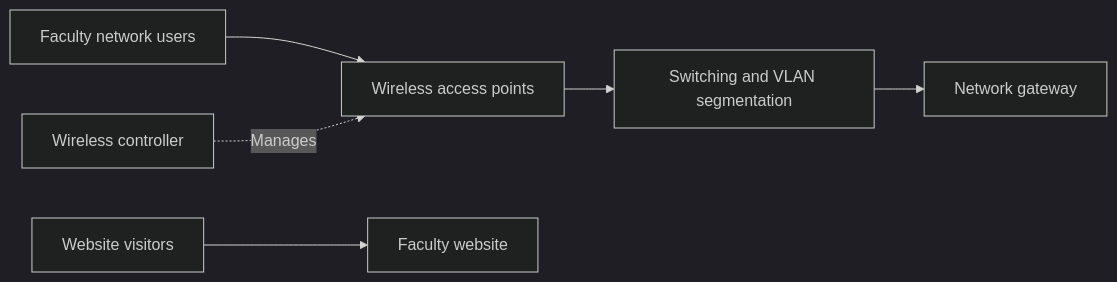
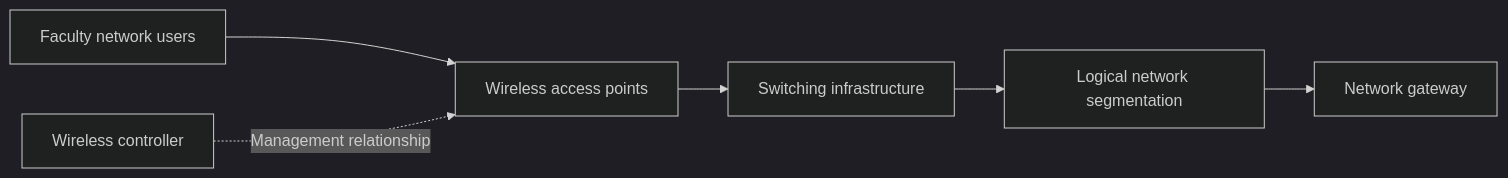
Before and after one commit to muhammadrayyankashif/Engineering-Projects: the diagram in Pharmacy-Faculty/README.md, drawn with Mermaid (dark theme). The commit also changed other lines of this file and 6 other files, not shown here.

Commit message:
Expand project workflows and source-backed architecture descriptions

````diff
--- a/Pharmacy-Faculty/README.md
+++ b/Pharmacy-Faculty/README.md
@@ -23,8 +22,8 @@
 ```mermaid
 flowchart LR
     U[Faculty network users] --> AP[Wireless access points]
-    AP --> S[Switching and VLAN segmentation]
-    C[Wireless controller] -. Manages .-> AP
-    S --> G[Network gateway]
-    V[Website visitors] --> W[Faculty website]
+    AP --> SW[Switching infrastructure]
+    CTRL[Wireless controller] -. Management relationship .-> AP
+    SW --> SEG[Logical network segmentation]
+    SEG --> GW[Network gateway]
 ```
````
